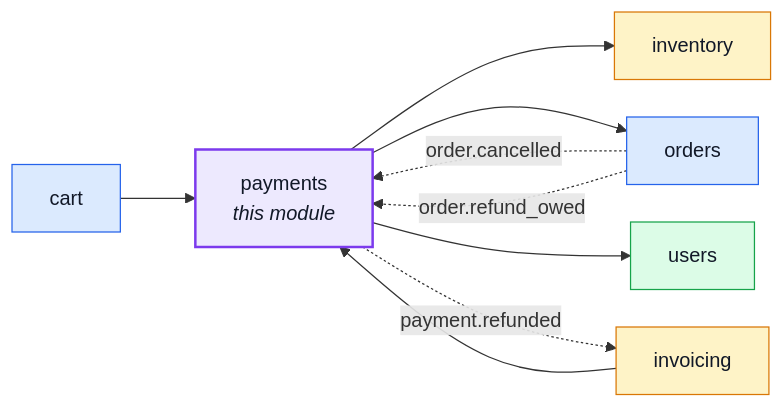
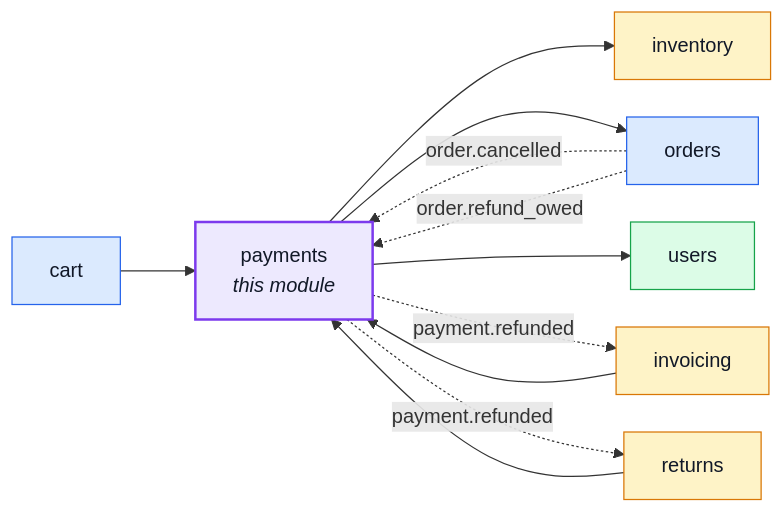
Before and after one commit to Guebbit/boilerplate-node-backend: the first of 7 diagrams in docs/modules/payments.md, drawn with Mermaid. The commit also changed other lines of this file and 55 other files, not shown here.

````diff
--- a/docs/modules/payments.md
+++ b/docs/modules/payments.md
@@ -16,28 +16,31 @@
 ```mermaid
 %%{init: {'flowchart': {'nodeSpacing': 30, 'rankSpacing': 60}}}%%
 flowchart LR
     payments["payments<br/><i>this module</i>"]
     cart["cart"]
     inventory["inventory"]
     invoicing["invoicing"]
     orders["orders"]
+    returns["returns"]
     users["users"]
 
     cart --> payments
     invoicing --> payments
+    returns --> payments
     payments --> inventory
     payments --> orders
     payments --> users
     orders -. "order.cancelled" .-> payments
     orders -. "order.refund_owed" .-> payments
     payments -. "payment.refunded" .-> invoicing
+    payments -. "payment.refunded" .-> returns
 
     classDef core fill:#dbeafe,stroke:#2563eb,color:#111827;
     classDef supporting fill:#fef3c7,stroke:#d97706,color:#111827;
     classDef generic fill:#dcfce7,stroke:#16a34a,color:#111827;
     classDef centre fill:#ede9fe,stroke:#7c3aed,stroke-width:2px,color:#111827;
     class cart,orders core;
-    class inventory,invoicing supporting;
+    class inventory,invoicing,returns supporting;
     class users generic;
     class payments centre;
 ```
````
